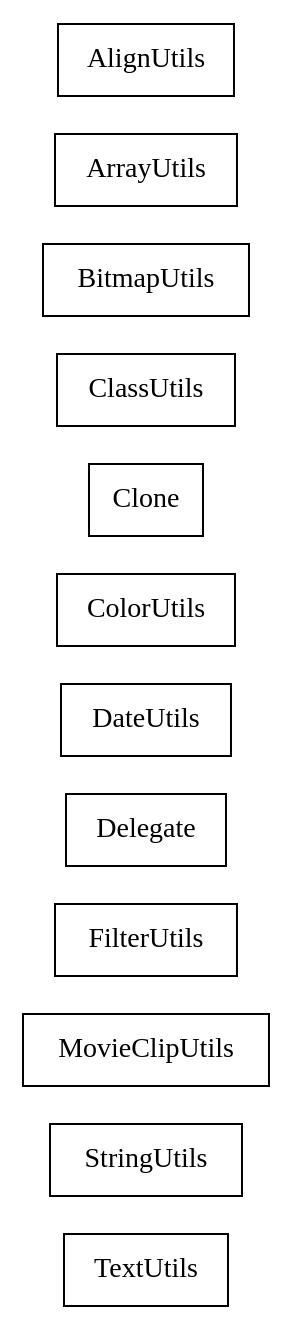
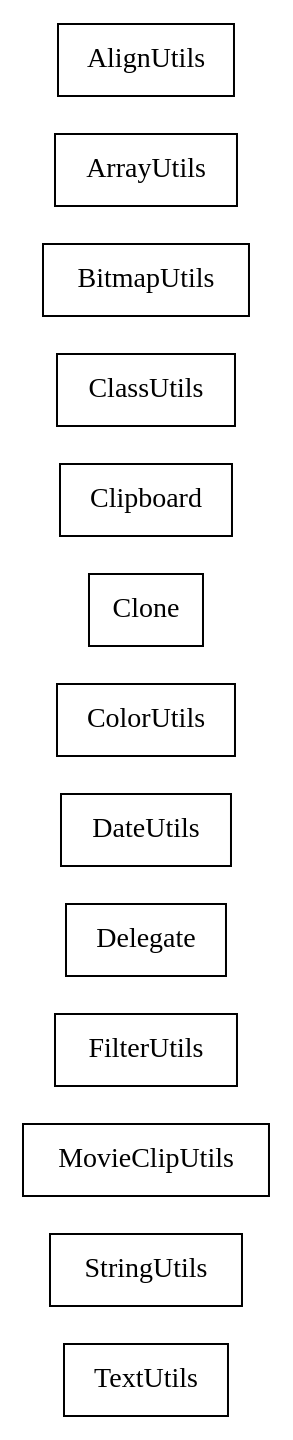
The diagram in docs/com/sekati/utils/classes.dot (sekati/sasapi), drawn with Graphviz before and after one commit. The commit also changed 72 other files, not shown here.

```diff
--- a/docs/com/sekati/utils/classes.dot
+++ b/docs/com/sekati/utils/classes.dot
@@ -1,75 +1,81 @@
 strict digraph class_diagram {
   rankdir=LR;
   TypeTextUtils[
     label="TextUtils",
     URL="TextUtils.html",
     tooltip="com.sekati.utils.TextUtils",
     shape="record"
   ];
   TypeStringUtils[
     label="StringUtils",
     URL="StringUtils.html",
     tooltip="com.sekati.utils.StringUtils",
     shape="record"
   ];
   TypeMovieClipUtils[
     label="MovieClipUtils",
     URL="MovieClipUtils.html",
     tooltip="com.sekati.utils.MovieClipUtils",
     shape="record"
   ];
   TypeFilterUtils[
     label="FilterUtils",
     URL="FilterUtils.html",
     tooltip="com.sekati.utils.FilterUtils",
     shape="record"
   ];
   TypeDelegate[
     label="Delegate",
     URL="Delegate.html",
     tooltip="com.sekati.utils.Delegate",
     shape="record"
   ];
   TypeDateUtils[
     label="DateUtils",
     URL="DateUtils.html",
     tooltip="com.sekati.utils.DateUtils",
     shape="record"
   ];
   TypeColorUtils[
     label="ColorUtils",
     URL="ColorUtils.html",
     tooltip="com.sekati.utils.ColorUtils",
     shape="record"
   ];
   TypeClone[
     label="Clone",
     URL="Clone.html",
     tooltip="com.sekati.utils.Clone",
     shape="record"
   ];
+  TypeClipboard[
+    label="Clipboard",
+    URL="Clipboard.html",
+    tooltip="com.sekati.utils.Clipboard",
+    shape="record"
+  ];
   TypeClassUtils[
     label="ClassUtils",
     URL="ClassUtils.html",
     tooltip="com.sekati.utils.ClassUtils",
     shape="record"
   ];
   TypeBitmapUtils[
     label="BitmapUtils",
     URL="BitmapUtils.html",
     tooltip="com.sekati.utils.BitmapUtils",
     shape="record"
   ];
   TypeArrayUtils[
     label="ArrayUtils",
     URL="ArrayUtils.html",
     tooltip="com.sekati.utils.ArrayUtils",
     shape="record"
   ];
   TypeAlignUtils[
     label="AlignUtils",
     URL="AlignUtils.html",
     tooltip="com.sekati.utils.AlignUtils",
     shape="record"
   ];
 }
```
